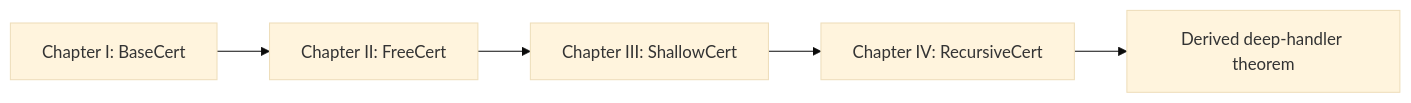
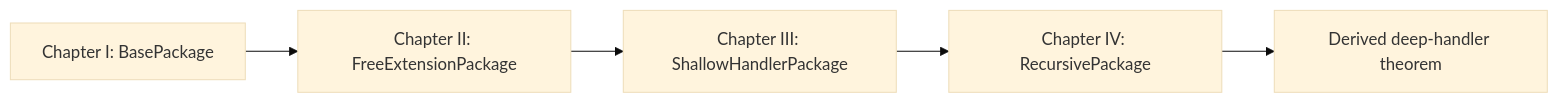
Before and after one commit to myuon/effect-semantics-notes: the diagram in chapter-method-v5.md, drawn with Mermaid (base theme). The commit also changed other lines of this file and 71 other files, not shown here.

````diff
--- a/chapter-method-v5.md
+++ b/chapter-method-v5.md
@@ -55,7 +55,7 @@
 ```{mermaid}
 flowchart LR
-  C1["Chapter I: BaseCert"] --> C2["Chapter II: FreeCert"]
-  C2 --> C3["Chapter III: ShallowCert"]
-  C3 --> C4["Chapter IV: RecursiveCert"]
+  C1["Chapter I: BasePackage"] --> C2["Chapter II: FreeExtensionPackage"]
+  C2 --> C3["Chapter III: ShallowHandlerPackage"]
+  C3 --> C4["Chapter IV: RecursivePackage"]
   C4 --> D["Derived deep-handler theorem"]
 ```
````
